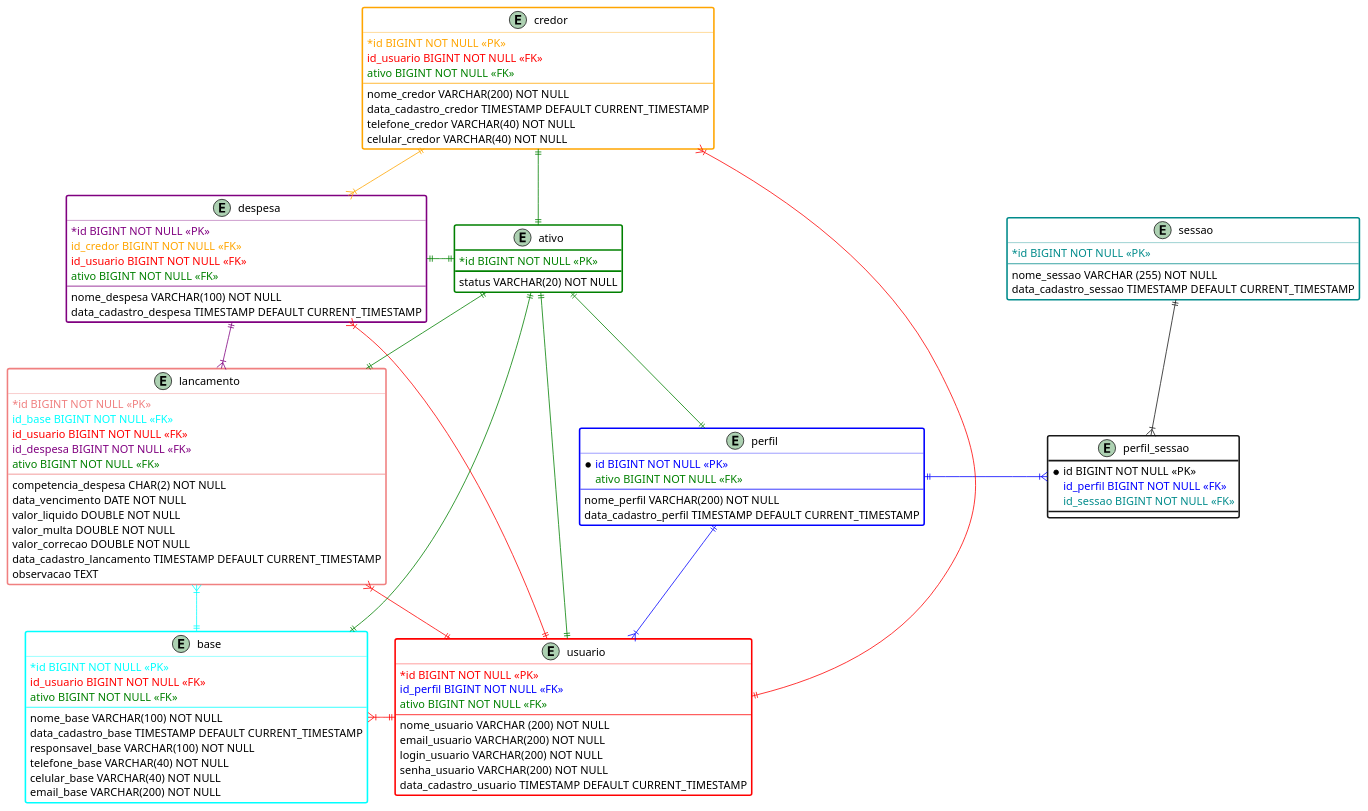
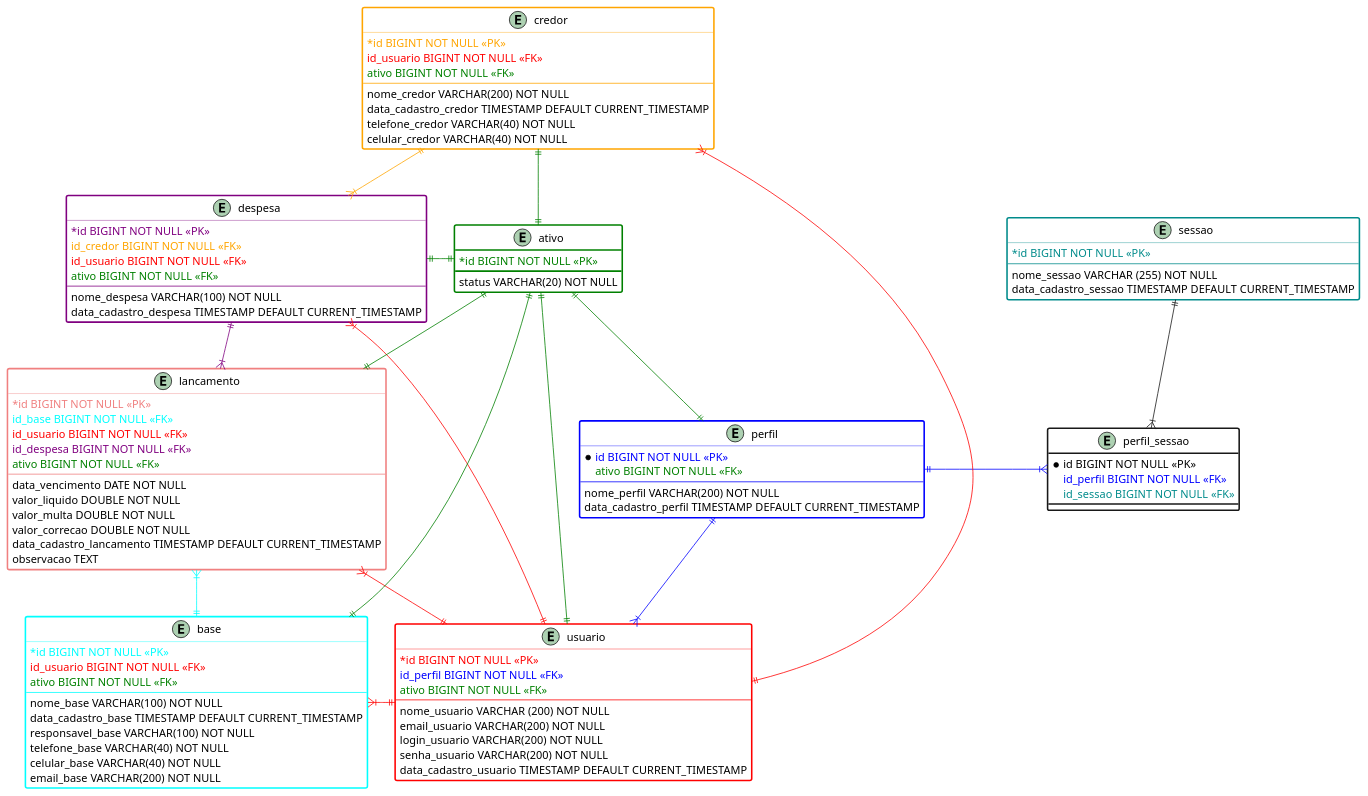
The diagram in modelagem/bancoProjetoUm.wsd (galaticghost/precificacao-pecas), drawn with PlantUML before and after one commit. The commit also changed 2 other files, not shown here.

```diff
--- a/modelagem/bancoProjetoUm.wsd
+++ b/modelagem/bancoProjetoUm.wsd
@@ -1,109 +1,108 @@
 @startuml projetoUM
 
 entity perfil  #white;line.bold;line:blue {
     *<color:blue>id BIGINT NOT NULL <<PK>>
     <color:green>ativo BIGINT NOT NULL <<FK>>
     --
     nome_perfil VARCHAR(200) NOT NULL
     data_cadastro_perfil TIMESTAMP DEFAULT CURRENT_TIMESTAMP
 }
 
 entity perfil_sessao  #white;line.bold; {
     *id BIGINT NOT NULL <<PK>>
     <color:blue>id_perfil BIGINT NOT NULL <<FK>>
     <color:DarkCyan>id_sessao BIGINT NOT NULL <<FK>>
 }
 
 entity sessao #white;line.bold;line:DarkCyan {
     <color:DarkCyan>*id BIGINT NOT NULL <<PK>>
     --
     nome_sessao VARCHAR (255) NOT NULL
     data_cadastro_sessao TIMESTAMP DEFAULT CURRENT_TIMESTAMP
 }
 
 entity ativo #white;line.bold;line:green {
     <color:green>*id BIGINT NOT NULL <<PK>>
     status VARCHAR(20) NOT NULL
 }
 
 entity usuario  #white;line.bold;line:red {
     <color:red>*id BIGINT NOT NULL <<PK>>
     <color:blue>id_perfil BIGINT NOT NULL <<FK>>
     <color:green>ativo BIGINT NOT NULL <<FK>>
     --
     nome_usuario VARCHAR (200) NOT NULL
     email_usuario VARCHAR(200) NOT NULL
     login_usuario VARCHAR(200) NOT NULL
     senha_usuario VARCHAR(200) NOT NULL
     data_cadastro_usuario TIMESTAMP DEFAULT CURRENT_TIMESTAMP
 }
 
 entity credor #white;line.bold;line:Orange {
     <color:Orange>*id BIGINT NOT NULL <<PK>>
     <color:red>id_usuario BIGINT NOT NULL <<FK>>
     <color:green>ativo BIGINT NOT NULL <<FK>>
     --
     nome_credor VARCHAR(200) NOT NULL
     data_cadastro_credor TIMESTAMP DEFAULT CURRENT_TIMESTAMP
     telefone_credor VARCHAR(40) NOT NULL
     celular_credor VARCHAR(40) NOT NULL 
 }
 
 entity despesa #white;line.bold;line:purple {
     <color:purple>*id BIGINT NOT NULL <<PK>>
     <color:Orange>id_credor BIGINT NOT NULL <<FK>>
     <color:red>id_usuario BIGINT NOT NULL <<FK>>
     <color:green>ativo BIGINT NOT NULL <<FK>>
     --
     nome_despesa VARCHAR(100) NOT NULL
     data_cadastro_despesa TIMESTAMP DEFAULT CURRENT_TIMESTAMP
 }
 
 entity base #white;line.bold;line:Aqua {
     <color:Aqua>*id BIGINT NOT NULL <<PK>>
     <color:red>id_usuario BIGINT NOT NULL <<FK>>
     <color:green>ativo BIGINT NOT NULL <<FK>>
     --
     nome_base VARCHAR(100) NOT NULL
     data_cadastro_base TIMESTAMP DEFAULT CURRENT_TIMESTAMP
     responsavel_base VARCHAR(100) NOT NULL
     telefone_base VARCHAR(40) NOT NULL
     celular_base VARCHAR(40) NOT NULL
     email_base VARCHAR(200) NOT NULL
 }
 
 entity lancamento  #white;line.bold;line:LightCoral  {
     <color:LightCoral>*id BIGINT NOT NULL <<PK>>
     <color:Aqua>id_base BIGINT NOT NULL <<FK>>
     <color:red>id_usuario BIGINT NOT NULL <<FK>>
     <color:Purple>id_despesa BIGINT NOT NULL <<FK>>
     <color:green>ativo BIGINT NOT NULL <<FK>>
     --
-    competencia_despesa CHAR(2) NOT NULL
     data_vencimento DATE NOT NULL
     valor_liquido DOUBLE NOT NULL
     valor_multa DOUBLE NOT NULL
     valor_correcao DOUBLE NOT NULL
     data_cadastro_lancamento TIMESTAMP DEFAULT CURRENT_TIMESTAMP
     observacao TEXT
 }
 
 perfil ||-[#blue]right-|{ usuario
 perfil ||-[#blue]right-|{ perfil_sessao
 sessao ||-down-|{ perfil_sessao
 credor }|-[#red]left-|| usuario
 base }|-[#red]right-|| usuario
 lancamento }|-[#red]down-|| usuario
 lancamento }|-[#Aqua]down-|| base
 lancamento }|-[#purple]down-|| despesa
 credor ||-[#Orange]down-|{ despesa
 usuario ||-[#red]left-|{ despesa
 
 ativo ||-[#green]-|| perfil
 ativo ||-[#green]-|| usuario
 ativo ||-[#green]-|| lancamento
 ativo ||-[#green]-|| base
 ativo ||-[#green]left-|| despesa
 ativo ||-[#green]left-|| credor
 
 @enduml
```
